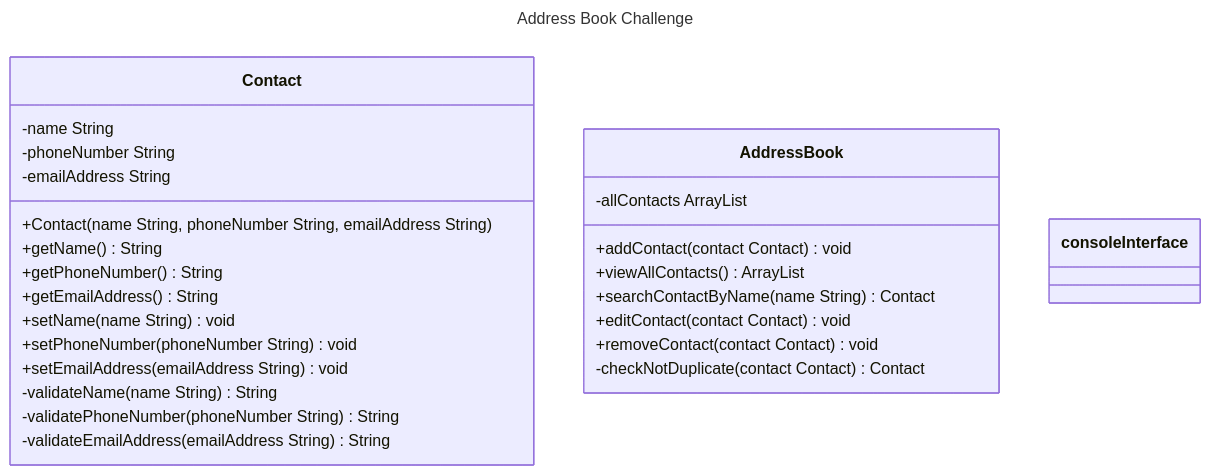
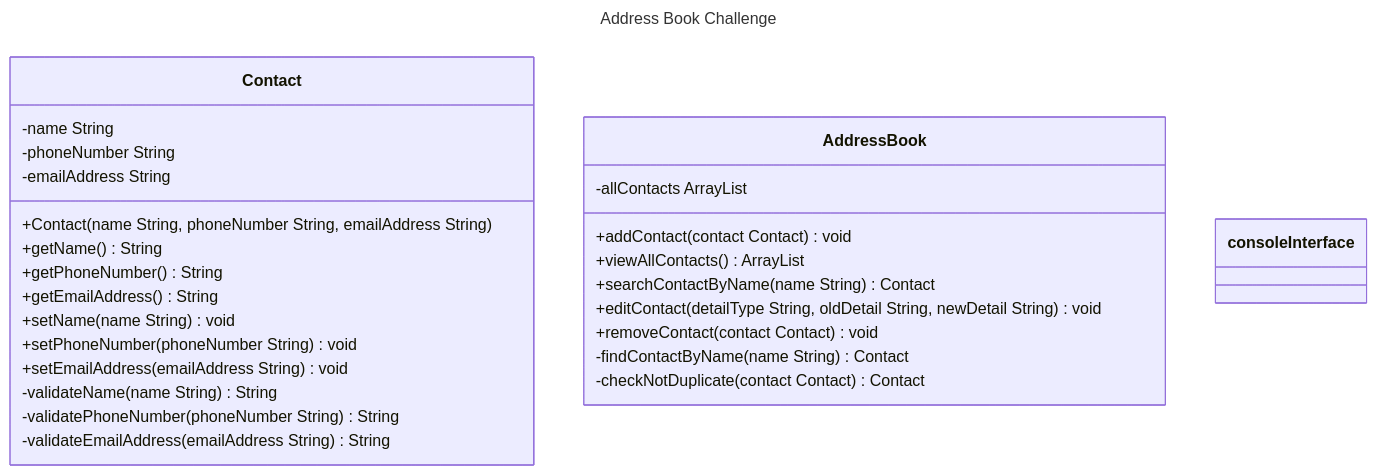
Before and after one commit to kristy-lam/df-challenge-3-address-book: the diagram in docs/class-diagrams-test-plan.md, drawn with Mermaid. The commit also changed other lines of this file and 3 other files, not shown here.

````diff
--- a/docs/class-diagrams-test-plan.md
+++ b/docs/class-diagrams-test-plan.md
@@ -11,35 +11,36 @@
 ```mermaid
 ---
 title: Address Book Challenge
 ---
 classDiagram
     class Contact {
         -name String
         -phoneNumber String
         -emailAddress String
         +Contact(name String, phoneNumber String, emailAddress String)
         +getName() String
         +getPhoneNumber() String
         +getEmailAddress() String
         +setName(name String) void
         +setPhoneNumber(phoneNumber String) void
         +setEmailAddress(emailAddress String) void
         -validateName(name String) String
         -validatePhoneNumber(phoneNumber String) String
         -validateEmailAddress(emailAddress String) String
     }
     class AddressBook {   
         -allContacts ArrayList
         +addContact(contact Contact) void
         +viewAllContacts() ArrayList
         +searchContactByName(name String) Contact
-        +editContact(contact Contact) void
-        +removeContact(contact Contact) void        
+        +editContact(detailType String, oldDetail String, newDetail String) void
+        +removeContact(contact Contact) void
+        -findContactByName(name String) Contact
         -checkNotDuplicate(contact Contact) Contact
     }
     class consoleInterface {
         
         
     }
 
 ```
````
